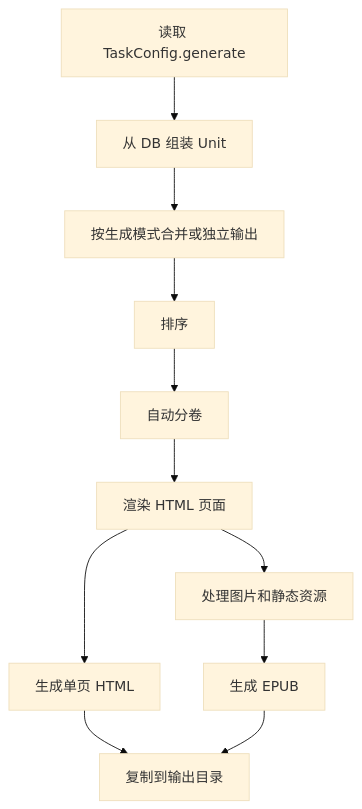
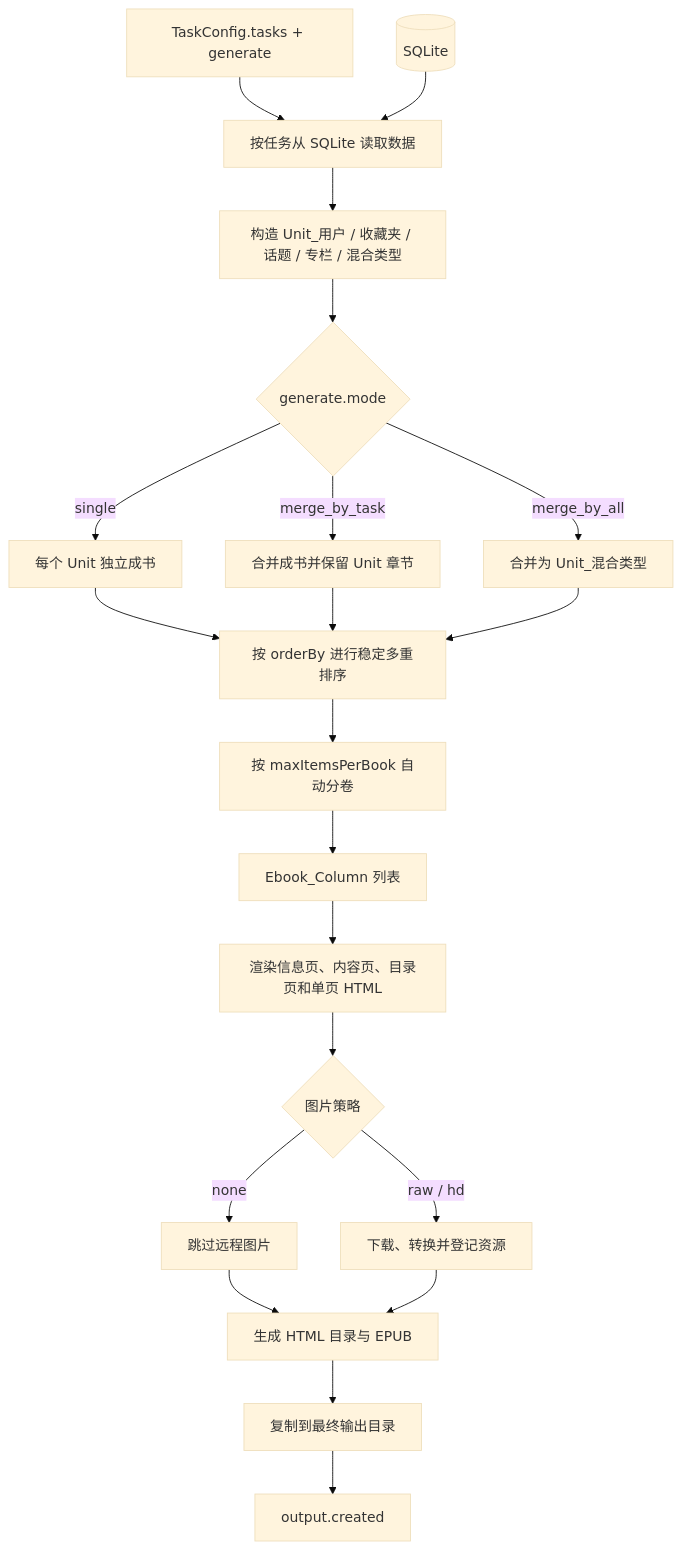
One commit to YaoZeyuan/zhihuhelp changed the third of 3 diagrams in doc/开发文档/业务流程.md. Above: the diagram before and after it, drawn with Mermaid (base theme). The commit also changed other lines of this file and 162 other files, not shown here.

````diff
--- a/doc/开发文档/业务流程.md
+++ b/doc/开发文档/业务流程.md
@@ -77,13 +128,25 @@
 ```mermaid
 flowchart TD
-  A["读取 TaskConfig.generate"] --> B["从 DB 组装 Unit"]
-  B --> C["按生成模式合并或独立输出"]
-  C --> D["排序"]
-  D --> E["自动分卷"]
-  E --> F["渲染 HTML 页面"]
-  F --> G["生成单页 HTML"]
-  F --> H["处理图片和静态资源"]
-  H --> I["生成 EPUB"]
-  G --> J["复制到输出目录"]
-  I --> J
+  Config["TaskConfig.tasks + generate"] --> Read["按任务从 SQLite 读取数据"]
+  DB[("SQLite")] --> Read
+  Read --> Unit["构造 Unit_用户 / 收藏夹 / 话题 / 专栏 / 混合类型"]
+  Unit --> Mode{"generate.mode"}
+
+  Mode -->|single| Separate["每个 Unit 独立成书"]
+  Mode -->|merge_by_task| MergeTask["合并成书并保留 Unit 章节"]
+  Mode -->|merge_by_all| MergeAll["合并为 Unit_混合类型"]
+
+  Separate --> Sort["按 orderBy 进行稳定多重排序"]
+  MergeTask --> Sort
+  MergeAll --> Sort
+  Sort --> Split["按 maxItemsPerBook 自动分卷"]
+  Split --> Column["Ebook_Column 列表"]
+  Column --> Render["渲染信息页、内容页、目录页和单页 HTML"]
+  Render --> Images{"图片策略"}
+  Images -->|none| Assets["跳过远程图片"]
+  Images -->|raw / hd| Assets2["下载、转换并登记资源"]
+  Assets --> Package["生成 HTML 目录与 EPUB"]
+  Assets2 --> Package
+  Package --> Output["复制到最终输出目录"]
+  Output --> Event["output.created"]
 ```
````
